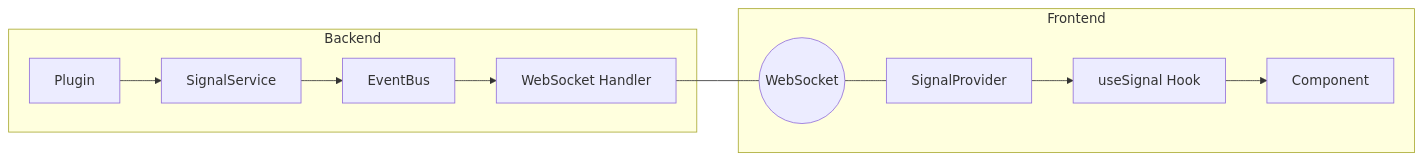
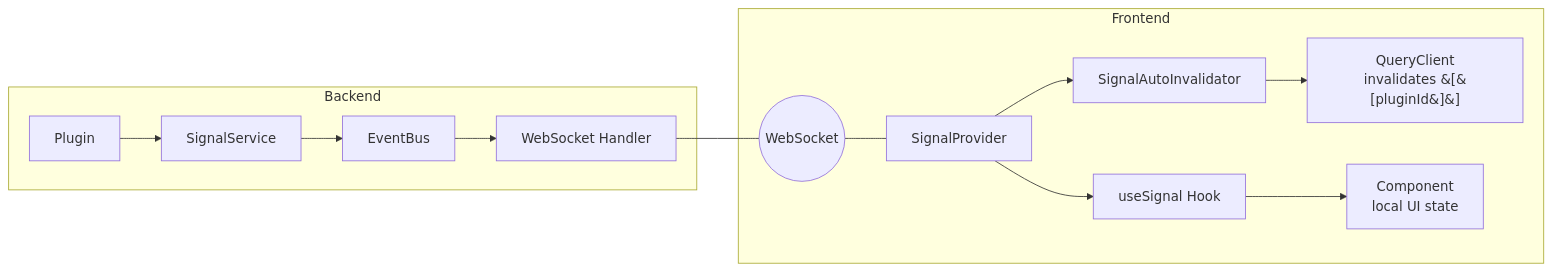
The first of 3 diagrams in docs/backend/signals.md (enyineer/checkstack), drawn with Mermaid before and after one commit. The commit also changed other lines of this file and 52 other files, not shown here.

First line of the commit message:
feat: centralize realtime cache invalidation via auto-invalidator

````diff
--- a/docs/backend/signals.md
+++ b/docs/backend/signals.md
@@ -9,15 +11,17 @@
 ```mermaid
 graph LR
     subgraph Backend
         P[Plugin] --> SS[SignalService]
         SS --> EB[EventBus]
         EB --> WSH[WebSocket Handler]
     end
-    
+
     subgraph Frontend
         WSH --- WS((WebSocket))
         WS --- SP[SignalProvider]
+        SP --> AI[SignalAutoInvalidator]
+        AI --> QC[QueryClient<br/>invalidates &#91;&#91;pluginId&#93;&#93;]
         SP --> US[useSignal Hook]
-        US --> C[Component]
+        US --> C[Component<br/>local UI state]
     end
 ```
````
